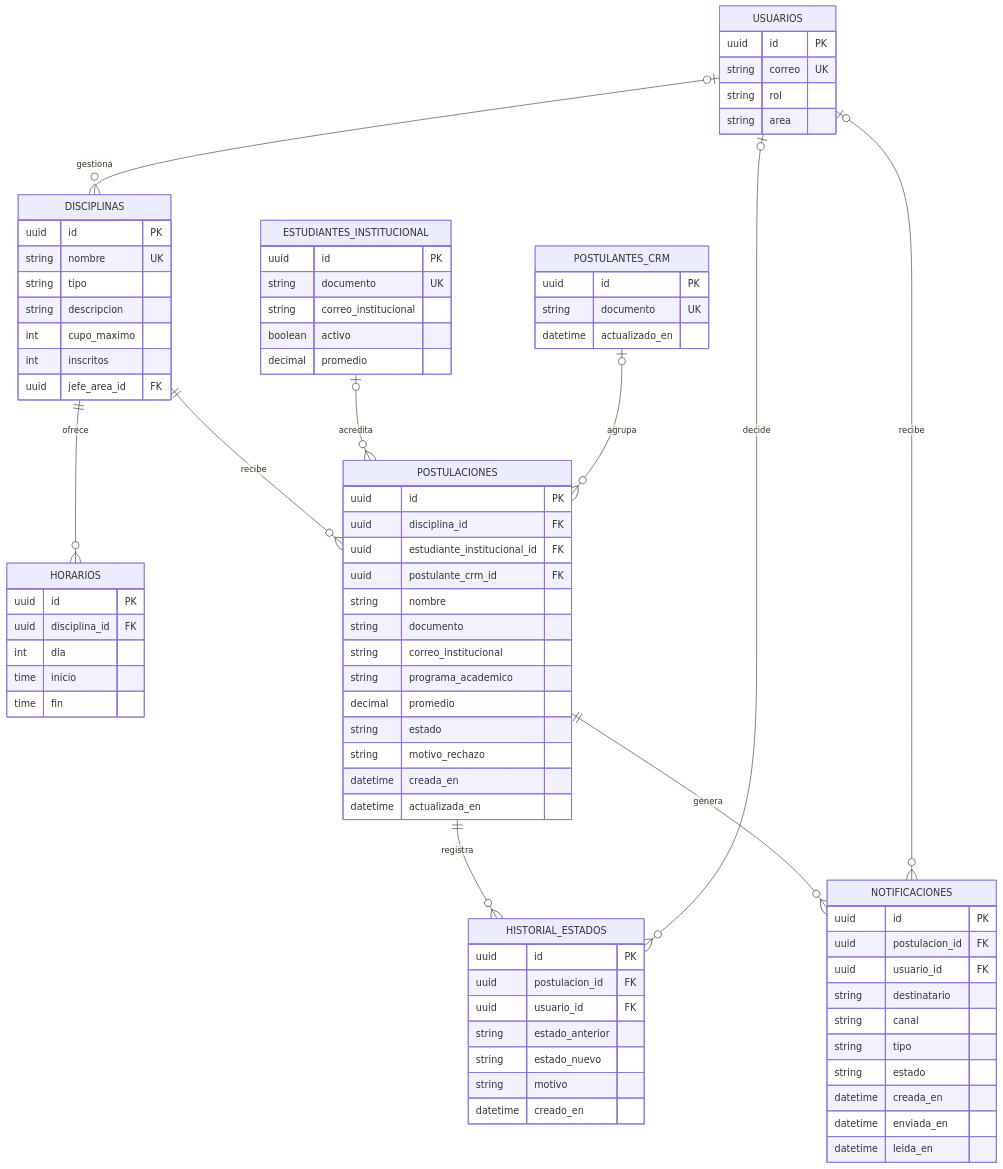
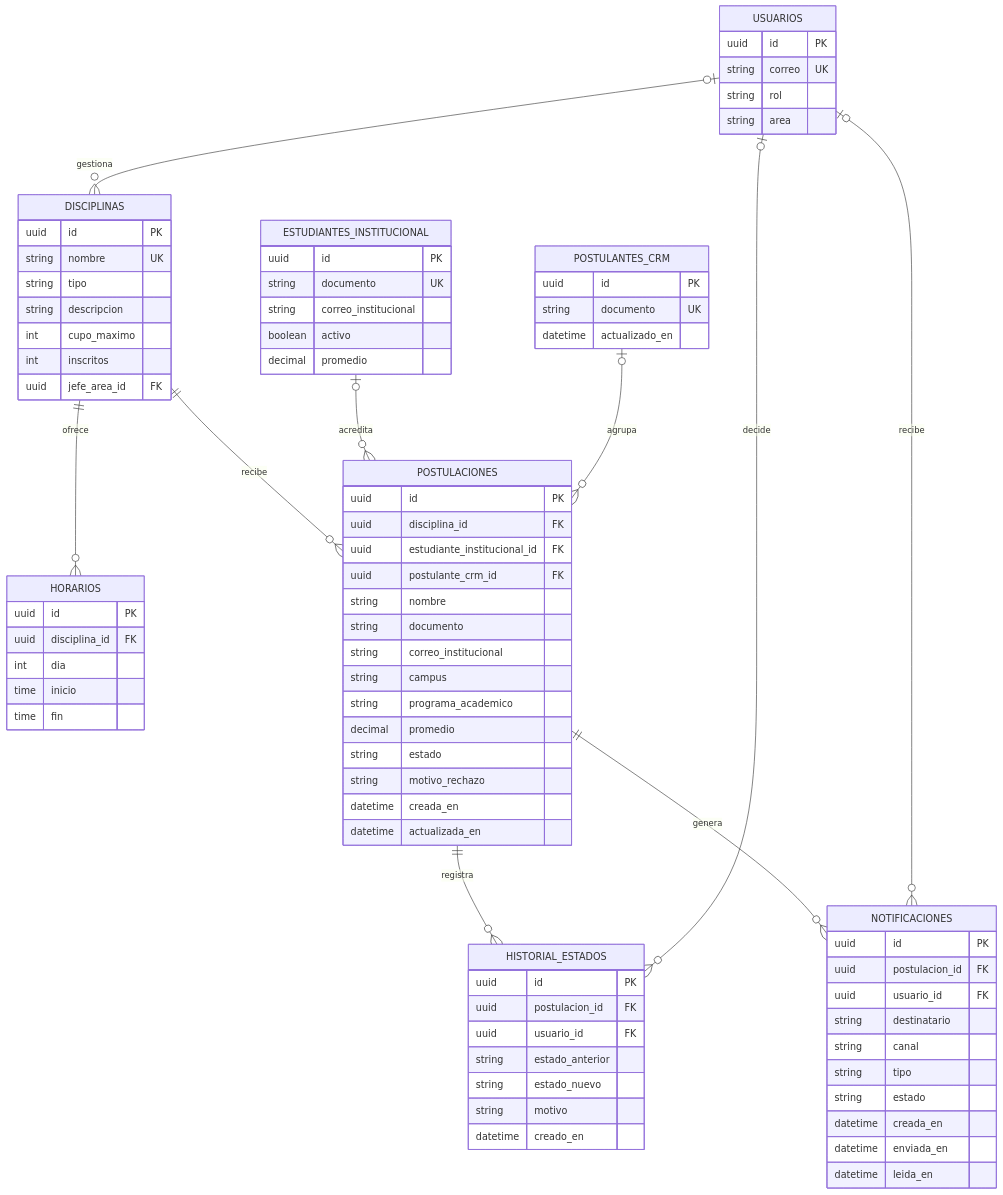
Before and after one commit to Karol-y/inscripcion_cultura_deporte: the diagram in docs/arquitectura.md, drawn with Mermaid. The commit also changed 14 other files, not shown here.

```diff
--- a/docs/arquitectura.md
+++ b/docs/arquitectura.md
@@ -55,6 +55,7 @@
         string nombre
         string documento
         string correo_institucional
+        string campus
         string programa_academico
         decimal promedio
         string estado
```
